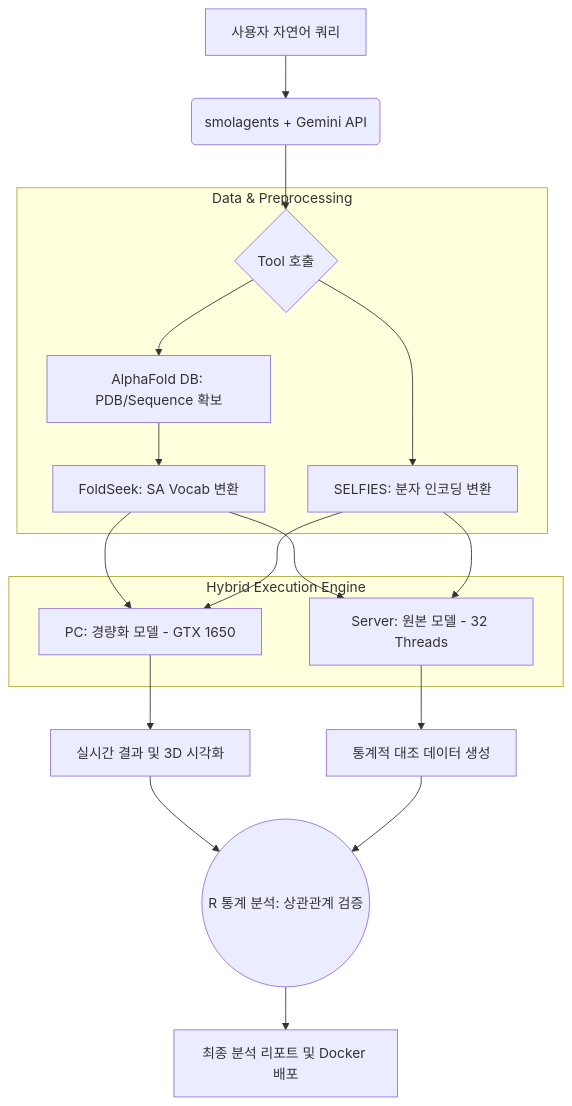
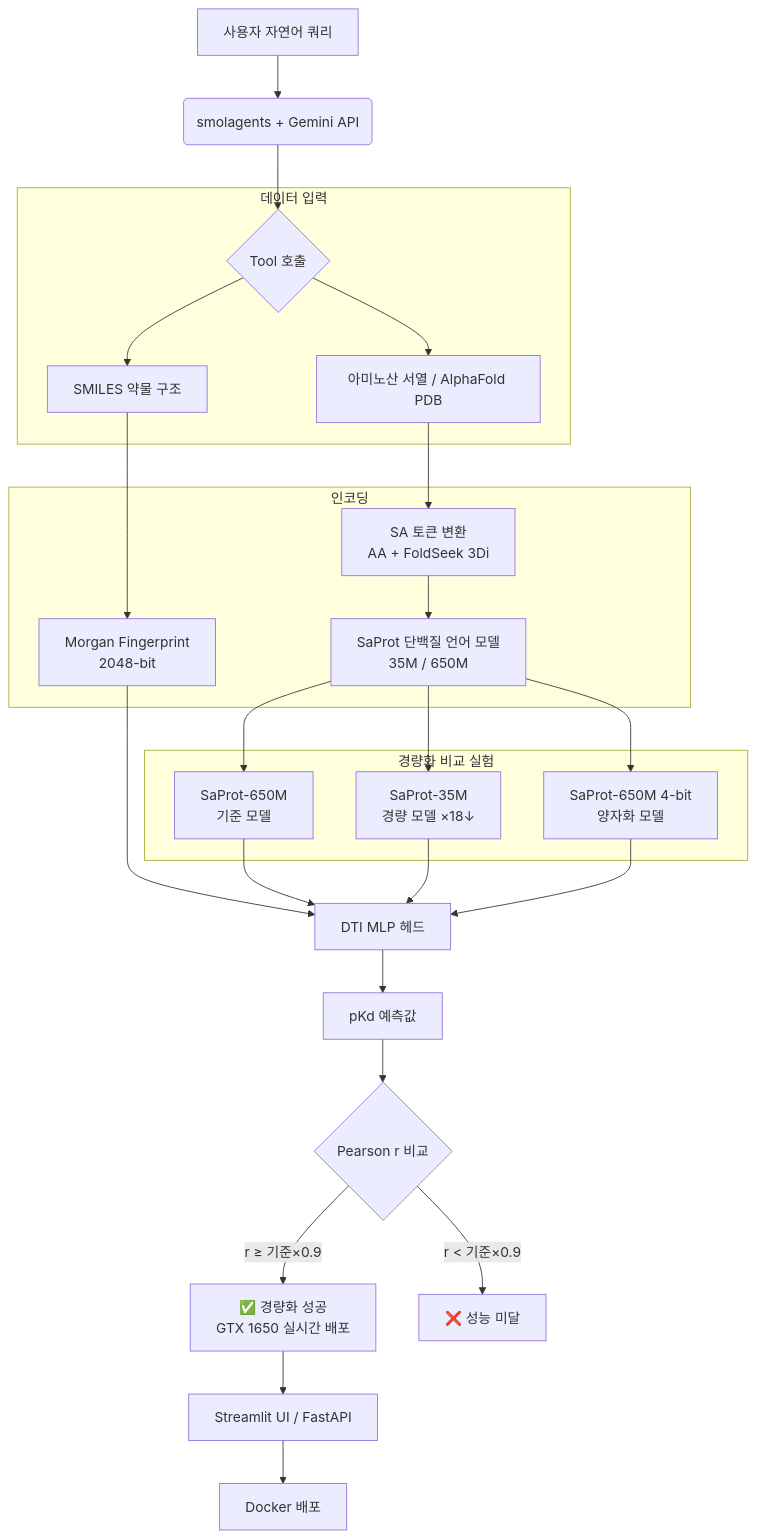
Before and after one commit to ohsejun97/Capstone-Design: the diagram in README.md, drawn with Mermaid. The commit also changed other lines of this file and 15 other files, not shown here.

````diff
--- a/README.md
+++ b/README.md
@@ -37,22 +52,35 @@
 ```mermaid
 graph TD
     A[사용자 자연어 쿼리] --> B(smolagents + Gemini API)
     B --> C{Tool 호출}
-    
-    subgraph "Data & Preprocessing"
-        C --> D[AlphaFold DB: PDB/Sequence 확보]
-        D --> E[FoldSeek: SA Vocab 변환]
-        C --> F[SELFIES: 분자 인코딩 변환]
+
+    subgraph "데이터 입력"
+        C --> D[SMILES 약물 구조]
+        C --> E[아미노산 서열 / AlphaFold PDB]
     end
-    
-    subgraph "Hybrid Execution Engine"
-        E & F --> G[PC: 경량화 모델 - GTX 1650]
-        E & F --> H[Server: 원본 모델 - 32 Threads]
+
+    subgraph "인코딩"
+        D --> F[Morgan Fingerprint<br/>2048-bit]
+        E --> G[SA 토큰 변환<br/>AA + FoldSeek 3Di]
+        G --> H[SaProt 단백질 언어 모델<br/>35M / 650M]
     end
-    
-    G --> I[실시간 결과 및 3D 시각화]
-    H --> J[통계적 대조 데이터 생성]
-    
-    I & J --> K((R 통계 분석: 상관관계 검증))
-    K --> L[최종 분석 리포트 및 Docker 배포]
+
+    subgraph "경량화 비교 실험"
+        H --> I[SaProt-650M<br/>기준 모델]
+        H --> J[SaProt-35M<br/>경량 모델 ×18↓]
+        H --> K[SaProt-650M 4-bit<br/>양자화 모델]
+    end
+
+    F --> L[DTI MLP 헤드]
+    I --> L
+    J --> L
+    K --> L
+    L --> M[pKd 예측값]
+
+    M --> N{Pearson r 비교}
+    N -->|r ≥ 기준×0.9| O[✅ 경량화 성공<br/>GTX 1650 실시간 배포]
+    N -->|r < 기준×0.9| P[❌ 성능 미달]
+
+    O --> Q[Streamlit UI / FastAPI]
+    Q --> R[Docker 배포]
 ```
````
